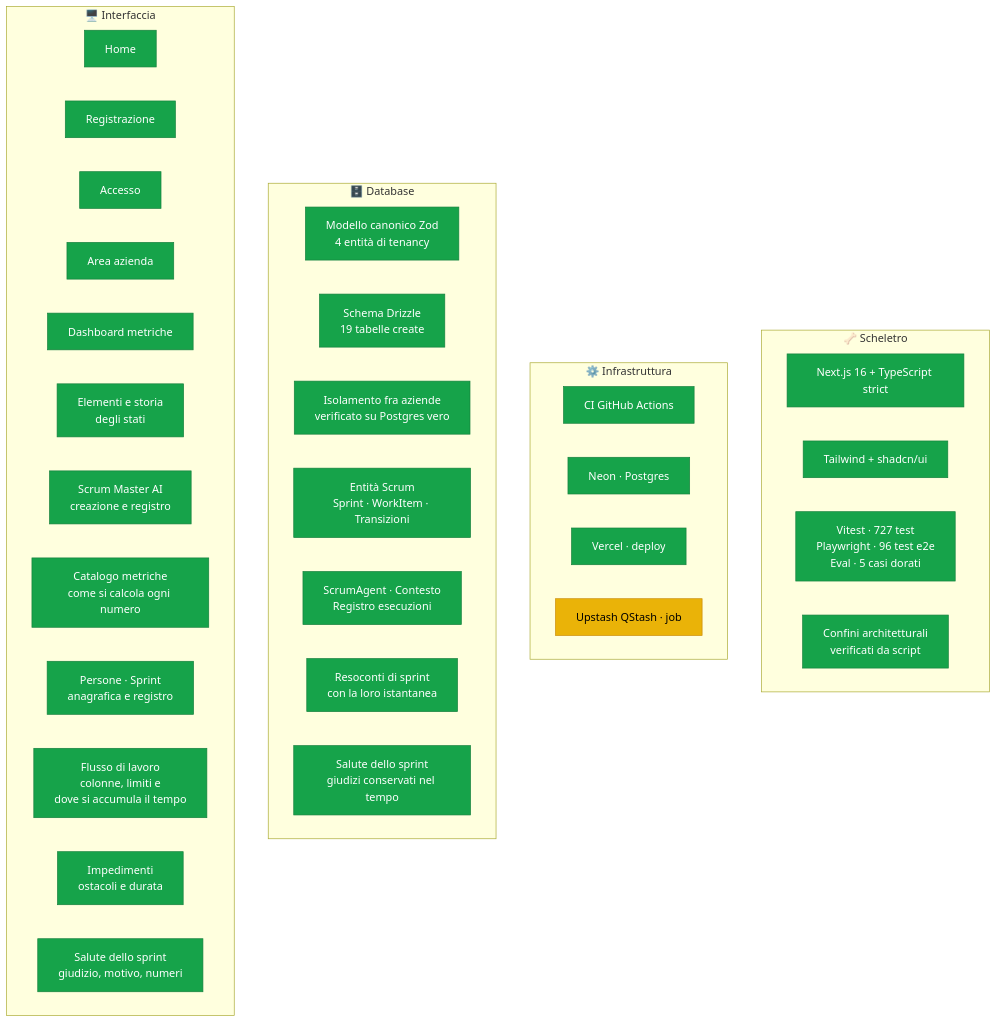
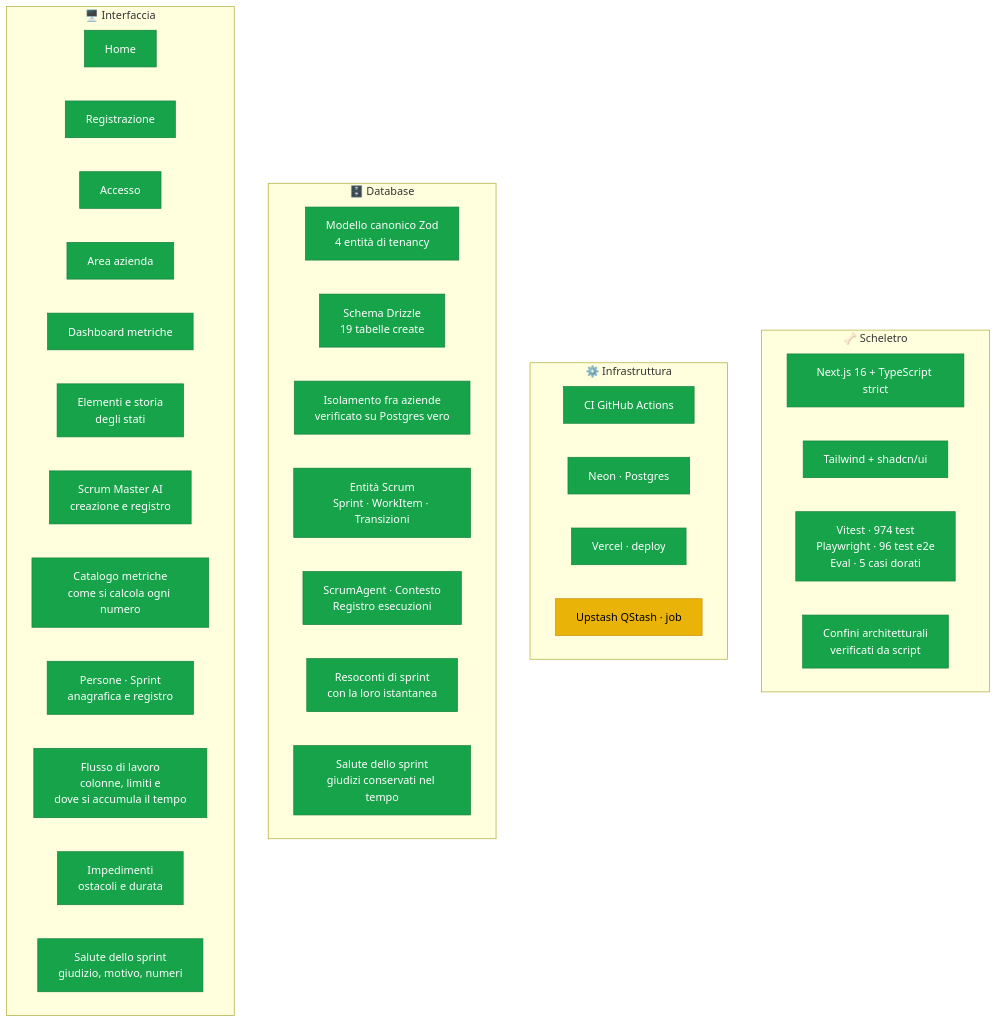
Before and after one commit to dibari62/scrum-master-ai: the first of 3 diagrams in docs/stato-progetto.md, drawn with Mermaid. The commit also changed other lines of this file and 1 other file, not shown here.

````diff
--- a/docs/stato-progetto.md
+++ b/docs/stato-progetto.md
@@ -14,51 +16,51 @@
 ```mermaid
 graph TB
     subgraph SCH["🦴 Scheletro"]
         S1["Next.js 16 + TypeScript strict"]
         S2["Tailwind + shadcn/ui"]
-        S3["Vitest · 727 test<br/>Playwright · 96 test e2e<br/>Eval · 5 casi dorati"]
+        S3["Vitest · 974 test<br/>Playwright · 96 test e2e<br/>Eval · 5 casi dorati"]
         S4["Confini architetturali<br/>verificati da script"]
     end
 
     subgraph INF["⚙️ Infrastruttura"]
         I1["CI GitHub Actions"]
         I2["Neon · Postgres"]
         I3["Vercel · deploy"]
         I4["Upstash QStash · job"]
     end
 
     subgraph DB["🗄️ Database"]
         D1["Modello canonico Zod<br/>4 entità di tenancy"]
         D2["Schema Drizzle<br/>19 tabelle create"]
         D3["Isolamento fra aziende<br/>verificato su Postgres vero"]
         D4["Entità Scrum<br/>Sprint · WorkItem · Transizioni"]
         D5["ScrumAgent · Contesto<br/>Registro esecuzioni"]
         D6["Resoconti di sprint<br/>con la loro istantanea"]
         D7["Salute dello sprint<br/>giudizi conservati nel tempo"]
     end
 
     subgraph UI["🖥️ Interfaccia"]
         U1["Home"]
         U2["Registrazione"]
         U3["Accesso"]
         U4["Area azienda"]
         U5["Dashboard metriche"]
         U7["Elementi e storia<br/>degli stati"]
         U6["Scrum Master AI<br/>creazione e registro"]
         U8["Catalogo metriche<br/>come si calcola ogni numero"]
         U9["Persone · Sprint<br/>anagrafica e registro"]
         U10["Flusso di lavoro<br/>colonne, limiti e<br/>dove si accumula il tempo"]
         U11["Impedimenti<br/>ostacoli e durata"]
         U12["Salute dello sprint<br/>giudizio, motivo, numeri"]
     end
 
     classDef fatto fill:#16a34a,stroke:#15803d,color:#fff
     classDef corso fill:#eab308,stroke:#ca8a04,color:#000
     classDef todo fill:#e5e7eb,stroke:#9ca3af,color:#6b7280
 
     class S1,S2,S3,S4 fatto
     class I1,I2,I3 fatto
     class I4 corso
     class D1,D2,D3,D4,D5,D6,D7 fatto
     class U1,U2,U3,U4,U5,U6,U7,U8,U9,U10,U11,U12 fatto
 ```
````
